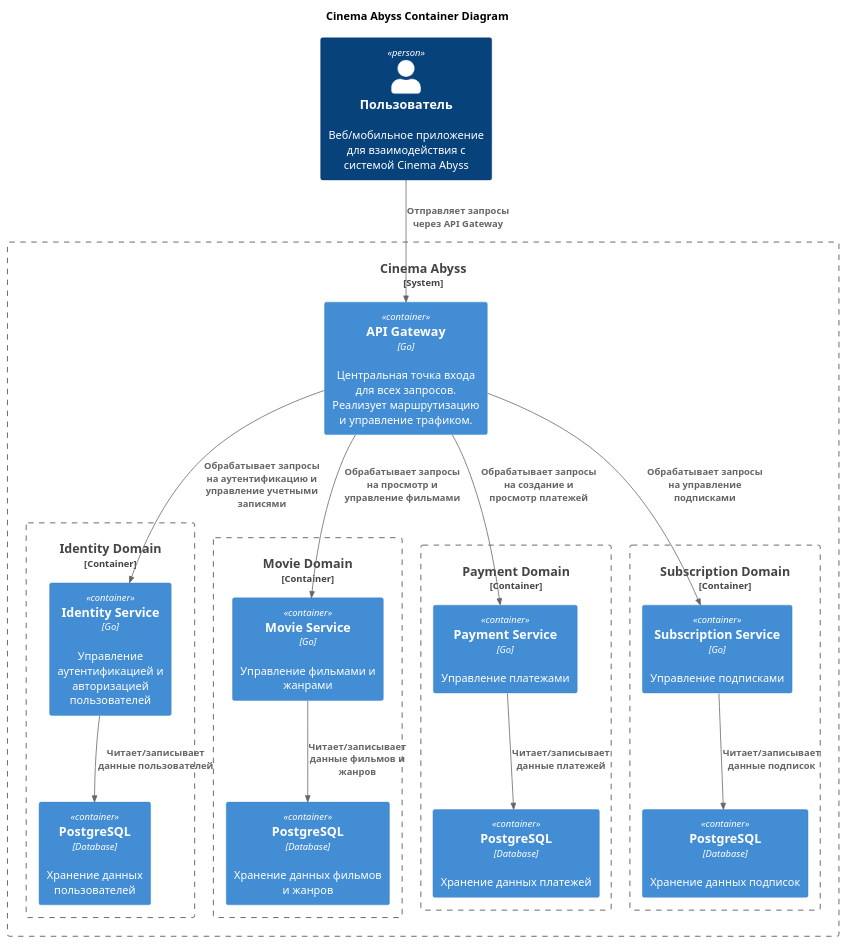
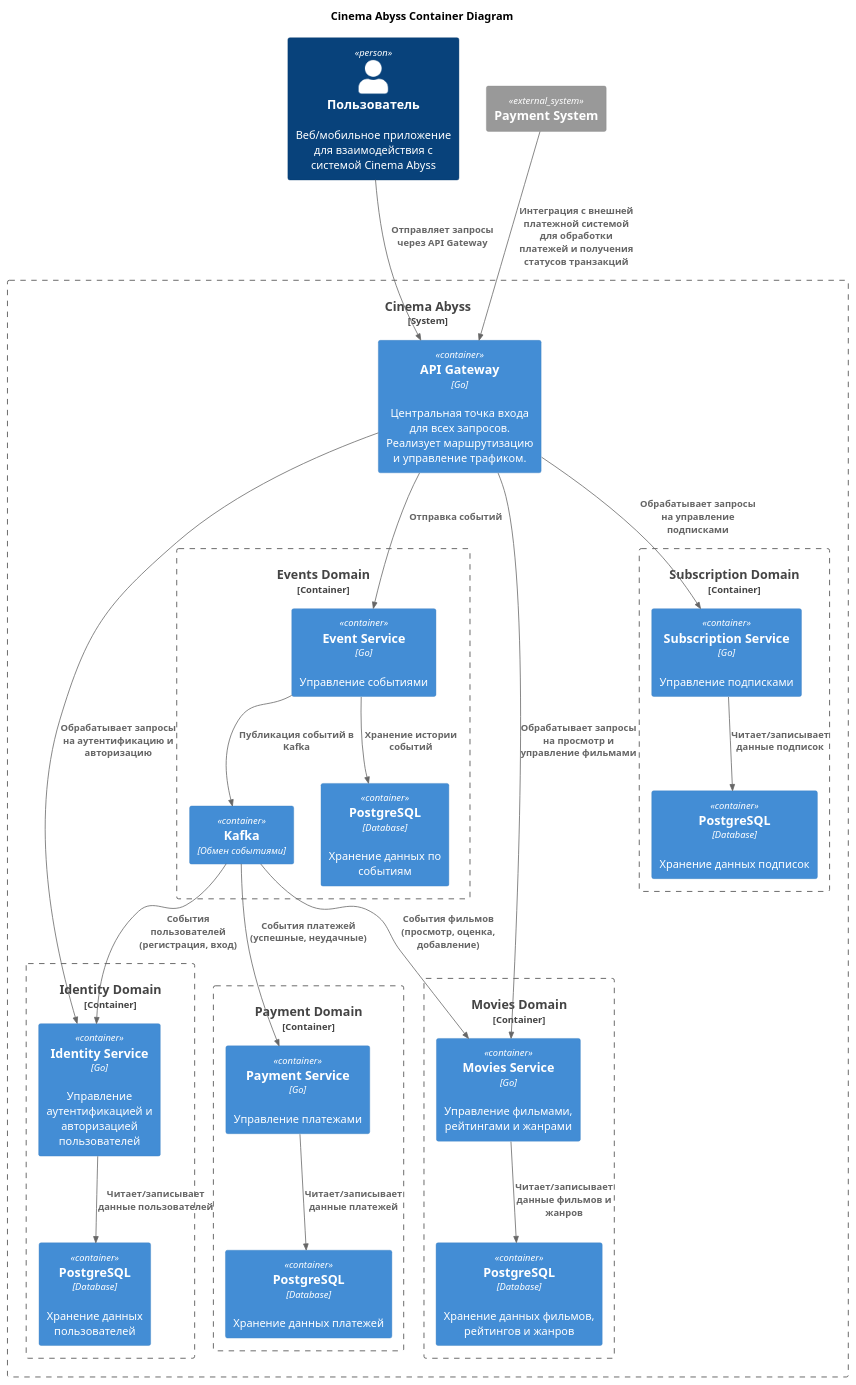
The diagram in arch/containers.puml (Ram2ES/arch-sprint2), drawn with PlantUML before and after one commit.

Commit message:
Task 1 fix

```diff
--- a/arch/containers.puml
+++ b/arch/containers.puml
@@ -1,45 +1,59 @@
 @startuml
 
 title Cinema Abyss Container Diagram
 !includeurl https://raw.githubusercontent.com/RicardoNiepel/C4-PlantUML/master/C4_Component.puml
 
 top to bottom direction
 
 Person(user, "Пользователь", "Веб/мобильное приложение для взаимодействия с системой Cinema Abyss")
 
 System_Boundary(CinemaAbyss, "Cinema Abyss") {
     Container(API_Gateway, "API Gateway", "Go", "Центральная точка входа для всех запросов. Реализует маршрутизацию и управление трафиком.")
 
     Container_Boundary(IdentityDomain, "Identity Domain") {
         Container(IdentityService, "Identity Service", "Go", "Управление аутентификацией и авторизацией пользователей")
         Container(IdentityDB, "PostgreSQL", "Database", "Хранение данных пользователей")
-    }
-
-    Container_Boundary(MovieDomain, "Movie Domain") {
-        Container(MovieService, "Movie Service", "Go", "Управление фильмами и жанрами")
-        Container(MovieDB, "PostgreSQL", "Database", "Хранение данных фильмов и жанров")
+        Rel(IdentityService, IdentityDB, "Читает/записывает данные пользователей")
     }
 
     Container_Boundary(PaymentDomain, "Payment Domain") {
         Container(PaymentService, "Payment Service", "Go", "Управление платежами")
         Container(PaymentDB, "PostgreSQL", "Database", "Хранение данных платежей")
+        Rel(PaymentService, PaymentDB, "Читает/записывает данные платежей")
+    }
+
+    Container_Boundary(MovieDomain, "Movies Domain") {
+        Container(MovieService, "Movies Service", "Go", "Управление фильмами, рейтингами и жанрами")
+        Container(MovieDB, "PostgreSQL", "Database", "Хранение данных фильмов, рейтингов и жанров")
+        Rel(MovieService, MovieDB, "Читает/записывает данные фильмов и жанров")
+    }
+
+    Container_Boundary(EventsDomain, "Events Domain") {
+        Container(EventsService, "Event Service", "Go", "Управление событиями")
+        Container(Kafka, "Kafka", "Обмен событиями")
+        Container(EventsDB, "PostgreSQL", "Database", "Хранение данных по событиям")
+        Rel(EventsService, EventsDB, "Хранение истории событий")
+        Rel(EventsService, Kafka, "Публикация событий в Kafka")
     }
 
     Container_Boundary(SubscriptionDomain, "Subscription Domain") {
         Container(SubscriptionService, "Subscription Service", "Go", "Управление подписками")
         Container(SubscriptionDB, "PostgreSQL", "Database", "Хранение данных подписок")
+        Rel(SubscriptionService, SubscriptionDB, "Читает/записывает данные подписок")
     }
 }
 
+System_Ext(PaymentSystem, "Payment System")
+Rel(PaymentSystem, API_Gateway, "Интеграция с внешней платежной системой для обработки платежей и получения статусов транзакций")
+
 Rel(user, API_Gateway, "Отправляет запросы через API Gateway")
-Rel(API_Gateway, IdentityService, "Обрабатывает запросы на аутентификацию и управление учетными записями")
 Rel(API_Gateway, MovieService, "Обрабатывает запросы на просмотр и управление фильмами")
-Rel(API_Gateway, PaymentService, "Обрабатывает запросы на создание и просмотр платежей")
+Rel(API_Gateway, IdentityService, "Обрабатывает запросы на аутентификацию и авторизацию")
+Rel(API_Gateway, EventsService, "Отправка событий")
 Rel(API_Gateway, SubscriptionService, "Обрабатывает запросы на управление подписками")
 
-Rel(IdentityService, IdentityDB, "Читает/записывает данные пользователей")
-Rel(MovieService, MovieDB, "Читает/записывает данные фильмов и жанров")
-Rel(PaymentService, PaymentDB, "Читает/записывает данные платежей")
-Rel(SubscriptionService, SubscriptionDB, "Читает/записывает данные подписок")
+Rel(Kafka, MovieService, "События фильмов (просмотр, оценка, добавление)")
+Rel(Kafka, IdentityService, "События пользователей (регистрация, вход)")
+Rel(Kafka, PaymentService, "События платежей (успешные, неудачные)")
 
 @enduml
```
